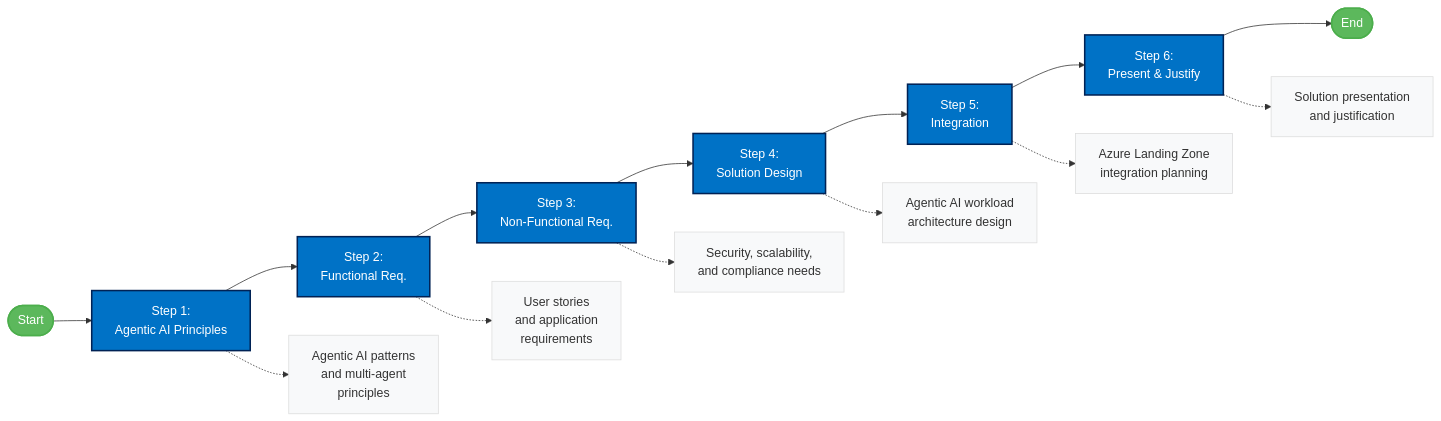
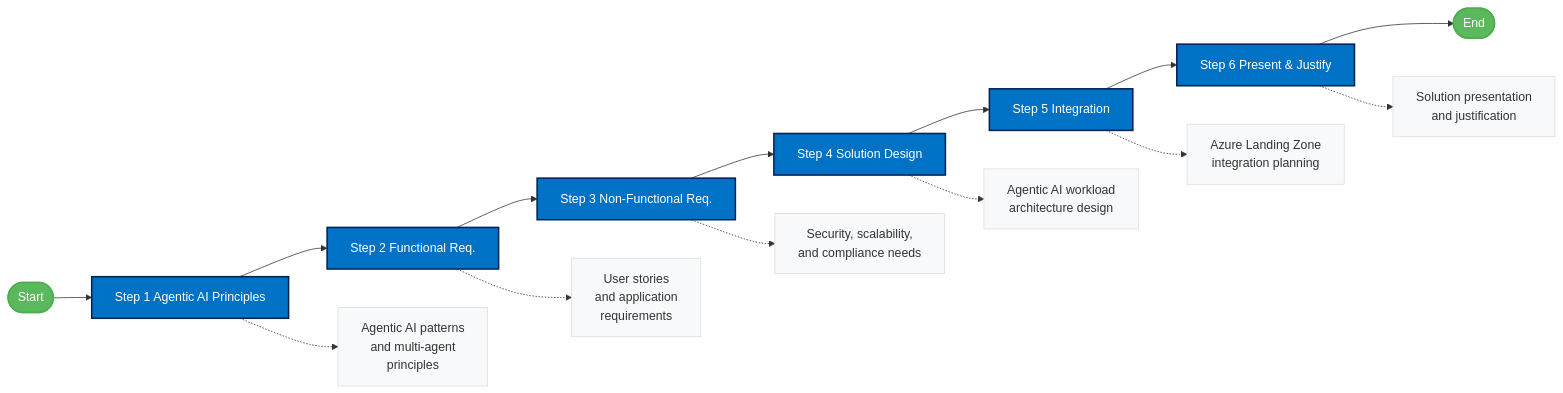
The diagram in docs/ai-agent-challenge.md (briandenicola/xlr8-e2eaisolutions), drawn with Mermaid before and after one commit. The commit also changed 17 other files, not shown here.

````diff
--- a/docs/ai-agent-challenge.md
+++ b/docs/ai-agent-challenge.md
@@ -31,29 +31,29 @@
 ```mermaid
 flowchart LR
     %% Define the flow of the AI Agent Challenge
     Start([Start]) --> Step1
-    Step1[Step 1:\nAgentic AI Principles] --> Step2[Step 2:\nFunctional Req.]
-    Step2 --> Step3[Step 3:\nNon-Functional Req.]
-    Step3 --> Step4[Step 4:\nSolution Design]
-    Step4 --> Step5[Step 5:\nIntegration]
-    Step5 --> Step6[Step 6:\nPresent & Justify]
+    Step1[Step 1 Agentic AI Principles] --> Step2[Step 2 Functional Req.]
+    Step2 --> Step3[Step 3 Non-Functional Req.]
+    Step3 --> Step4[Step 4 Solution Design]
+    Step4 --> Step5[Step 5 Integration]
+    Step5 --> Step6[Step 6 Present & Justify]
     Step6 --> End([End])
     
     %% Add descriptions
     classDef step fill:#0072C6,stroke:#025,color:white,stroke-width:2px
     classDef endpoint fill:#5CB85C,stroke:#4CAE4C,color:white,stroke-width:2px
     
     class Step1,Step2,Step3,Step4,Step5,Step6 step
     class Start,End endpoint
     
     %% Add annotations
     Step1 -.-> Ann1[Agentic AI patterns\nand multi-agent\nprinciples]
     Step2 -.-> Ann2[User stories\nand application\nrequirements]
     Step3 -.-> Ann3[Security, scalability,\nand compliance needs]
     Step4 -.-> Ann4[Agentic AI workload\narchitecture design]
     Step5 -.-> Ann5[Azure Landing Zone\nintegration planning]
     Step6 -.-> Ann6[Solution presentation\nand justification]
     
     classDef annotation fill:#F8F9FA,stroke:#DDD,color:#333
     class Ann1,Ann2,Ann3,Ann4,Ann5,Ann6 annotation
 ```
````
